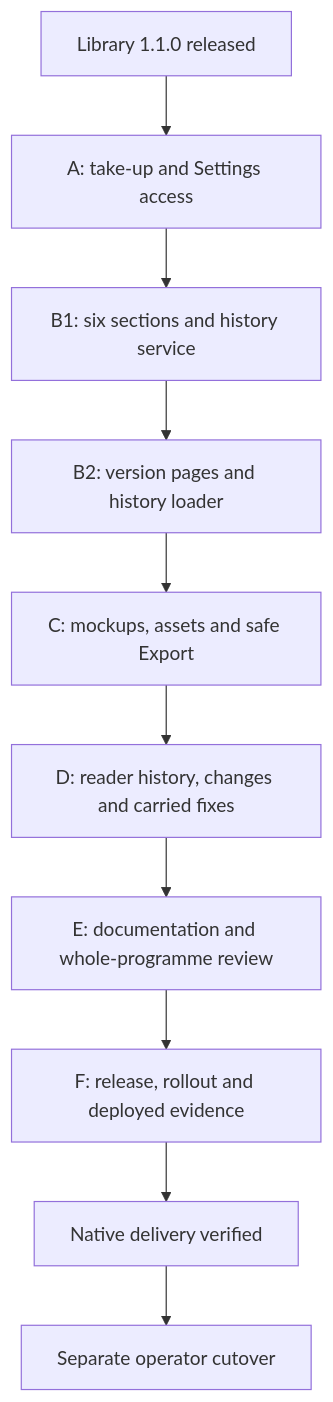
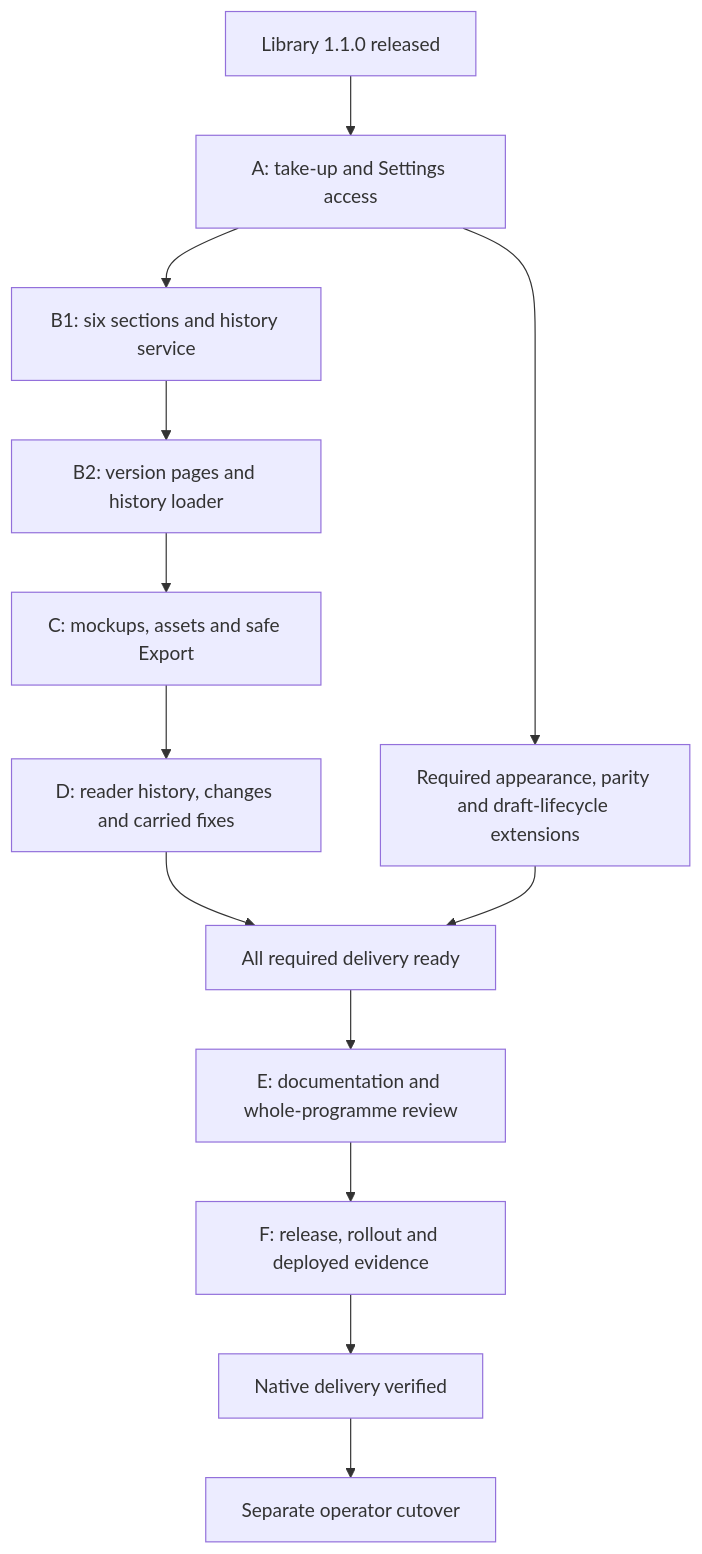
The first of 2 diagrams in docs/superpowers/specs/2026-11-07-native-docs-reader-completion-design.md (Synapsium-Labs/ccrc-pwa), drawn with Mermaid before and after one commit. The commit also changed other lines of this file and 2 other files, not shown here.

First line of the commit message:
docs(reader): retain appearance and full-parity acceptance gates

````diff
--- a/docs/superpowers/specs/2026-11-07-native-docs-reader-completion-design.md
+++ b/docs/superpowers/specs/2026-11-07-native-docs-reader-completion-design.md
@@ -15,12 +15,15 @@
 ```mermaid
 flowchart TD
   LIB["Library 1.1.0 released"] --> A["A: take-up and Settings access"]
   A --> B1["B1: six sections and history service"]
   B1 --> B2["B2: version pages and history loader"]
   B2 --> C["C: mockups, assets and safe Export"]
   C --> D["D: reader history, changes and carried fixes"]
-  D --> E["E: documentation and whole-programme review"]
+  D --> G["All required delivery ready"]
+  A --> R["Required appearance, parity and draft-lifecycle extensions"]
+  R --> G
+  G --> E["E: documentation and whole-programme review"]
   E --> F["F: release, rollout and deployed evidence"]
   F --> DONE["Native delivery verified"]
   DONE --> CUT["Separate operator cutover"]
 ```
````
